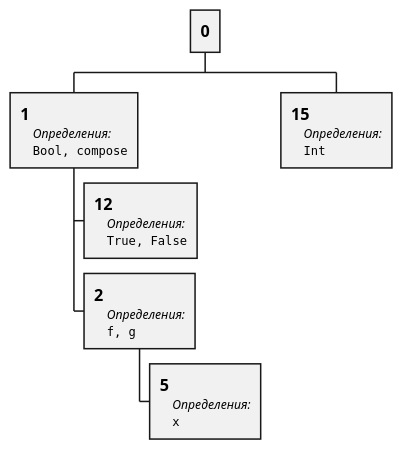
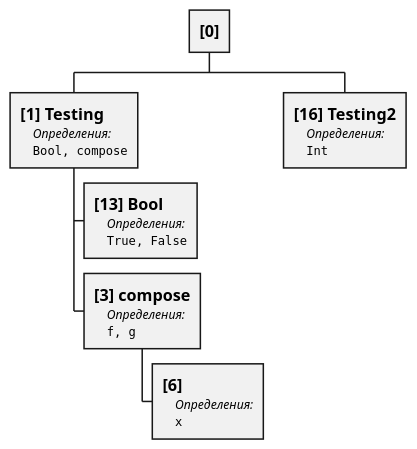
Before and after one commit to ITesserakt/Kodept: the diagram in 04 - ВКРы/2023-2024 - Тема в разработке/src/plantuml/scopes.puml, drawn with PlantUML. The commit also changed 18 other files, not shown here.

```diff
--- a/04 - ВКРы/2023-2024 - Тема в разработке/src/plantuml/scopes.puml
+++ b/04 - ВКРы/2023-2024 - Тема в разработке/src/plantuml/scopes.puml
@@ -1,24 +1,24 @@
 @startwbs
 'https://plantuml.com/wbs-diagram
 
-* =0
-**:=1
+* =[0]
+**:=[1] Testing
     //Определения://
     ""Bool, compose"";
 
-***:=12
+***:=[13] Bool
     //Определения://
     ""True, False"";
 
-***:=2
+***:=[3] compose
     //Определения://
     ""f, g"";
-****:=5
+****:=[6]
     //Определения://
     ""x"";
 
-**:=15
+**:=[16] Testing2
     //Определения://
     ""Int"";
 
 @endwbs
```
